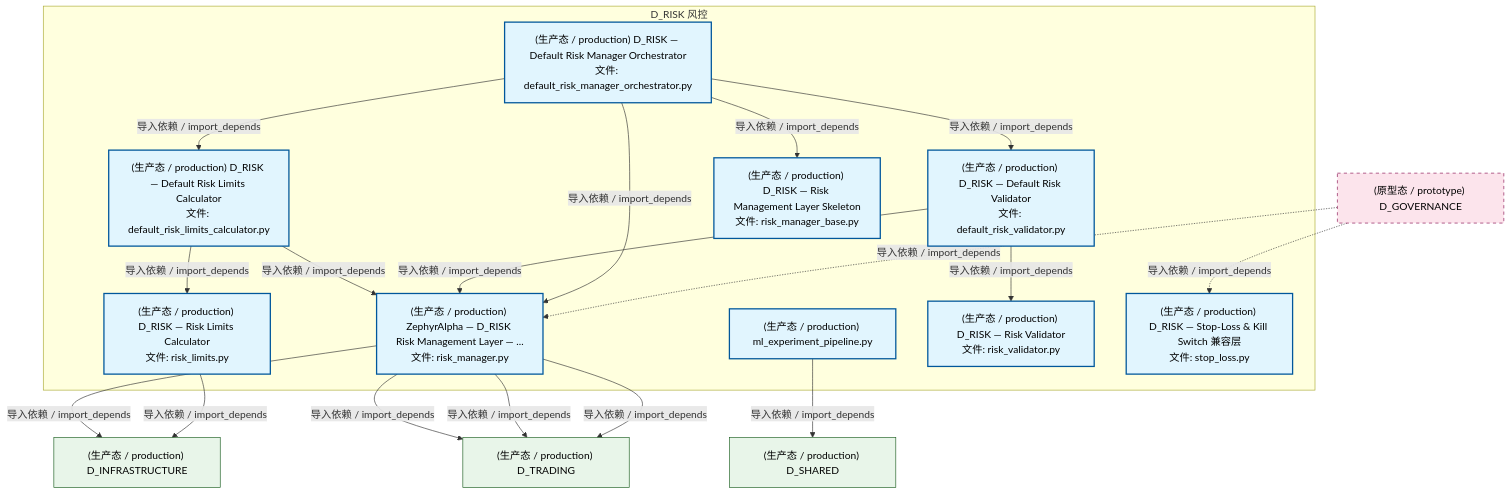
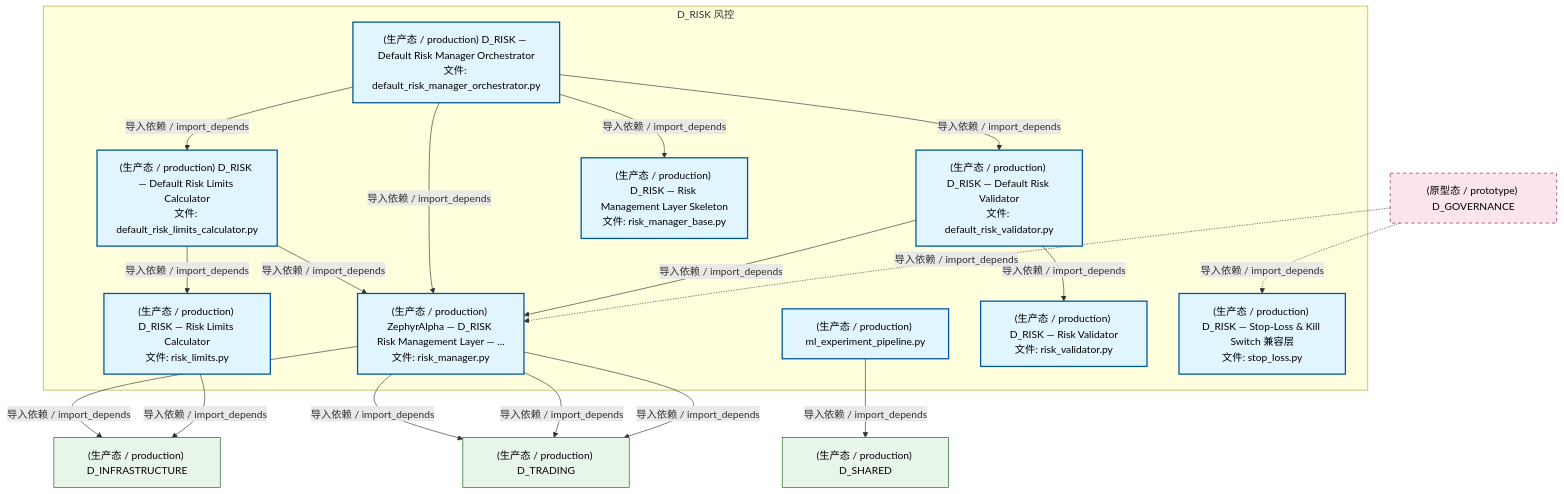
The second of 4 diagrams in docs/02_enterprise_architecture/02_domain_architecture_docs/54_d_risk.md (xuanFelixVan/ZephyrAlpha), drawn with Mermaid before and after one commit. The commit also changed other lines of this file and 116 other files, not shown here.

````diff
--- a/docs/02_enterprise_architecture/02_domain_architecture_docs/54_d_risk.md
+++ b/docs/02_enterprise_architecture/02_domain_architecture_docs/54_d_risk.md
@@ -133,41 +133,41 @@
 ```mermaid
 graph TD
     subgraph D_RISK["D_RISK 风控"]
         src_zephyr_risk_cross_asset_cross_market_data_adapter_ml_experiment_pipeline_py["(生产态 / production) ml_experiment_pipeline.py"]
         src_zephyr_risk_implementations_default_risk_limits_calculator_py["(生产态 / production) D_RISK — Default Risk Limits Calculator<br/>文件: default_risk_limits_calculator.py"]
         src_zephyr_risk_implementations_default_risk_manager_orchestrator_py["(生产态 / production) D_RISK — Default Risk Manager Orchestrator<br/>文件: default_risk_manager_orchestrator.py"]
         src_zephyr_risk_implementations_default_risk_validator_py["(生产态 / production) D_RISK — Default Risk Validator<br/>文件: default_risk_validator.py"]
         src_zephyr_risk_risk_limits_py["(生产态 / production) D_RISK — Risk Limits Calculator<br/>文件: risk_limits.py"]
         src_zephyr_risk_risk_manager_py["(生产态 / production) ZephyrAlpha — D_RISK Risk Management Layer — ...<br/>文件: risk_manager.py"]
         src_zephyr_risk_risk_manager_base_py["(生产态 / production) D_RISK — Risk Management Layer Skeleton<br/>文件: risk_manager_base.py"]
         src_zephyr_risk_risk_validator_py["(生产态 / production) D_RISK — Risk Validator<br/>文件: risk_validator.py"]
         src_zephyr_risk_stop_loss_py["(生产态 / production) D_RISK — Stop-Loss & Kill Switch 兼容层<br/>文件: stop_loss.py"]
     end
+    src_zephyr_risk_implementations_default_risk_limits_calculator_py -->|导入依赖 / import_depends| src_zephyr_risk_risk_limits_py
     src_zephyr_risk_implementations_default_risk_limits_calculator_py -->|导入依赖 / import_depends| src_zephyr_risk_risk_manager_py
-    src_zephyr_risk_implementations_default_risk_limits_calculator_py -->|导入依赖 / import_depends| src_zephyr_risk_risk_limits_py
-    src_zephyr_risk_implementations_default_risk_validator_py -->|导入依赖 / import_depends| src_zephyr_risk_risk_manager_py
-    src_zephyr_risk_implementations_default_risk_validator_py -->|导入依赖 / import_depends| src_zephyr_risk_risk_validator_py
     src_zephyr_risk_implementations_default_risk_manager_orchestrator_py -->|导入依赖 / import_depends| src_zephyr_risk_risk_manager_base_py
     src_zephyr_risk_implementations_default_risk_manager_orchestrator_py -->|导入依赖 / import_depends| src_zephyr_risk_risk_manager_py
     src_zephyr_risk_implementations_default_risk_manager_orchestrator_py -->|导入依赖 / import_depends| src_zephyr_risk_implementations_default_risk_limits_calculator_py
     src_zephyr_risk_implementations_default_risk_manager_orchestrator_py -->|导入依赖 / import_depends| src_zephyr_risk_implementations_default_risk_validator_py
+    src_zephyr_risk_implementations_default_risk_validator_py -->|导入依赖 / import_depends| src_zephyr_risk_risk_validator_py
+    src_zephyr_risk_implementations_default_risk_validator_py -->|导入依赖 / import_depends| src_zephyr_risk_risk_manager_py
     D_INFRASTRUCTURE["(生产态 / production) D_INFRASTRUCTURE"]
     src_zephyr_risk_risk_manager_py -->|导入依赖 / import_depends| D_INFRASTRUCTURE
     D_TRADING["(生产态 / production) D_TRADING"]
     src_zephyr_risk_risk_manager_py -->|导入依赖 / import_depends| D_TRADING
     src_zephyr_risk_risk_manager_py -->|导入依赖 / import_depends| D_TRADING
     src_zephyr_risk_risk_manager_py -->|导入依赖 / import_depends| D_TRADING
     src_zephyr_risk_risk_limits_py -->|导入依赖 / import_depends| D_INFRASTRUCTURE
     D_SHARED["(生产态 / production) D_SHARED"]
     src_zephyr_risk_cross_asset_cross_market_data_adapter_ml_experiment_pipeline_py -->|导入依赖 / import_depends| D_SHARED
     D_GOVERNANCE["(原型态 / prototype) D_GOVERNANCE"]
     D_GOVERNANCE -.->|导入依赖 / import_depends| src_zephyr_risk_risk_manager_py
     D_GOVERNANCE -.->|导入依赖 / import_depends| src_zephyr_risk_stop_loss_py
     classDef production fill:#e1f5fe,stroke:#01579b,stroke-width:2px,color:#000
     classDef design fill:#fff3e0,stroke:#e65100,stroke-width:2px,color:#000,stroke-dasharray: 5 5
     classDef external_prod fill:#e8f5e9,stroke:#1b5e20,stroke-width:1px,color:#000
     classDef external_design fill:#fce4ec,stroke:#880e4f,stroke-width:1px,color:#000,stroke-dasharray: 5 5
     class src_zephyr_risk_cross_asset_cross_market_data_adapter_ml_experiment_pipeline_py,src_zephyr_risk_implementations_default_risk_limits_calculator_py,src_zephyr_risk_implementations_default_risk_manager_orchestrator_py,src_zephyr_risk_implementations_default_risk_validator_py,src_zephyr_risk_risk_limits_py,src_zephyr_risk_risk_manager_py,src_zephyr_risk_risk_manager_base_py,src_zephyr_risk_risk_validator_py,src_zephyr_risk_stop_loss_py production
     class D_INFRASTRUCTURE,D_TRADING,D_SHARED external_prod
     class D_GOVERNANCE external_design
 ```
````
